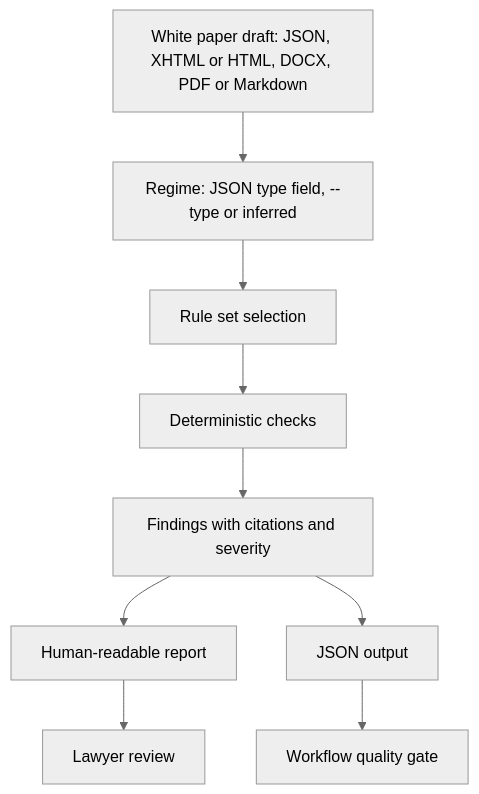
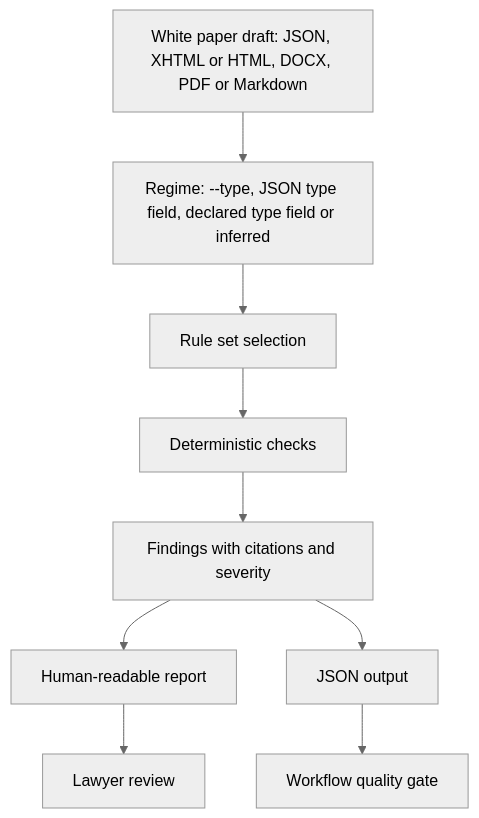
Before and after one commit to sebastianfoerste/micar-whitepaper-linter: the diagram in docs/launch-readiness.md, drawn with Mermaid (neutral theme). The commit also changed 10 other files, not shown here.

````diff
--- a/docs/launch-readiness.md
+++ b/docs/launch-readiness.md
@@ -13,11 +13,11 @@
 ```mermaid
 flowchart TD
-  A[White paper draft: JSON, XHTML or HTML, DOCX, PDF or Markdown] --> B[Regime: JSON type field, --type or inferred]
+  A[White paper draft: JSON, XHTML or HTML, DOCX, PDF or Markdown] --> B[Regime: --type, JSON type field, declared type field or inferred]
   B --> C[Rule set selection]
   C --> D[Deterministic checks]
   D --> E[Findings with citations and severity]
   E --> F[Human-readable report]
   E --> G[JSON output]
   F --> H[Lawyer review]
   G --> I[Workflow quality gate]
 ```
````
